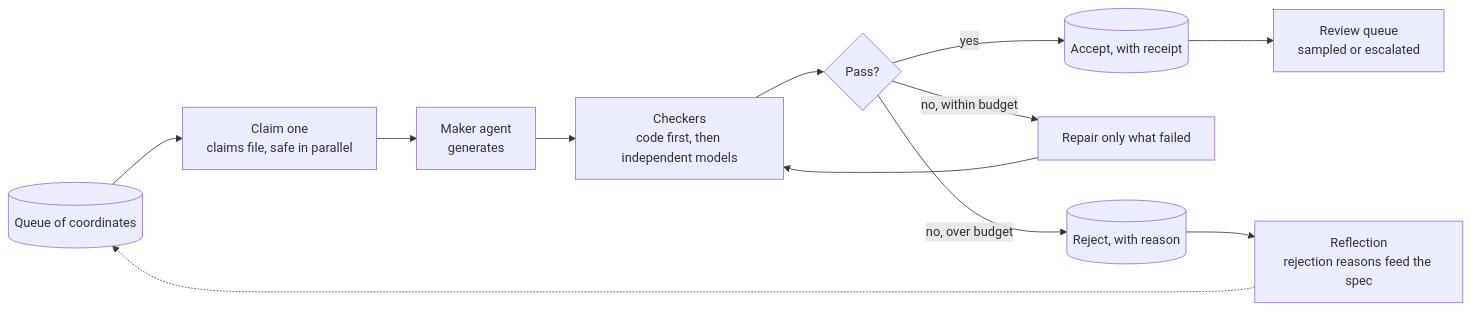
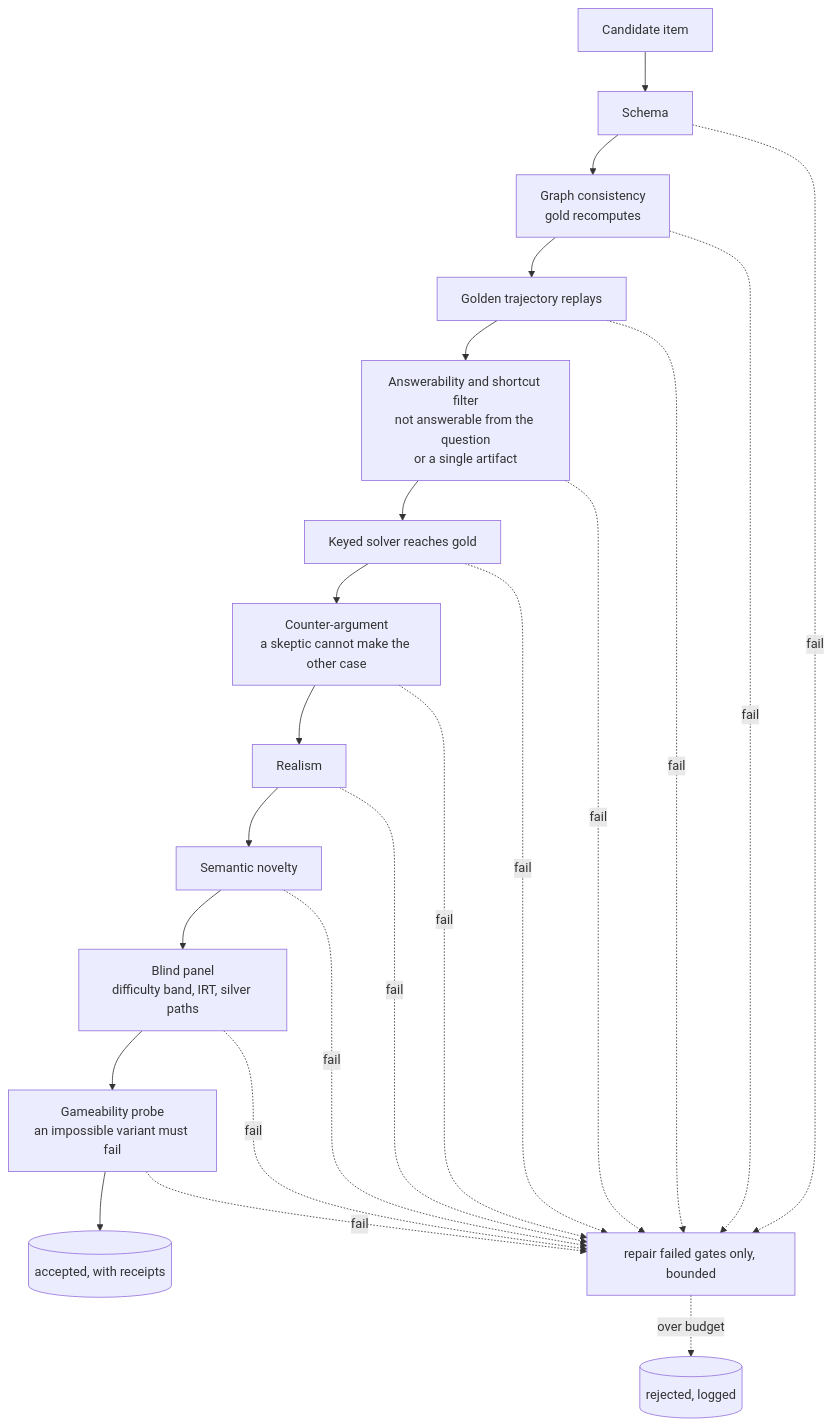
Before and after one commit to nbdesai1992/orbifex: the tenth of 17 diagrams in README.md, drawn with Mermaid. The commit also changed other lines of this file, not shown here.

````diff
--- a/README.md
+++ b/README.md
@@ -349,13 +382,15 @@
 ```mermaid
-flowchart LR
-  Q[("Queue of coordinates")] --> CL["Claim one<br/>claims file, safe in parallel"]
-  CL --> MK["Maker agent<br/>generates"]
-  MK --> CK["Checkers<br/>code first, then independent models"]
-  CK --> DEC{"Pass?"}
-  DEC -- yes --> ACC[("Accept, with receipt")]
-  DEC -- "no, within budget" --> RE["Repair only what failed"] --> CK
-  DEC -- "no, over budget" --> REJ[("Reject, with reason")]
-  ACC --> RV["Review queue<br/>sampled or escalated"]
-  REJ --> RF["Reflection<br/>rejection reasons feed the spec"]
-  RF -.-> Q
+flowchart TD
+  I["Candidate item"] --> G1["Schema"]
+  G1 --> G2["Graph consistency<br/>gold recomputes"]
+  G2 --> G3["Golden trajectory replays"]
+  G3 --> G4["Answerability and shortcut filter<br/>not answerable from the question<br/>or a single artifact"]
+  G4 --> G5["Keyed solver reaches gold"]
+  G5 --> G6["Counter-argument<br/>a skeptic cannot make the other case"]
+  G6 --> G7["Realism"]
+  G7 --> G8["Semantic novelty"]
+  G8 --> G9["Blind panel<br/>difficulty band, IRT, silver paths"]
+  G9 --> G10["Gameability probe<br/>an impossible variant must fail"]
+  G10 --> OK[("accepted, with receipts")]
+  G1 & G2 & G3 & G4 & G5 & G6 & G7 & G8 & G9 & G10 -. fail .-> RP["repair failed gates only, bounded"] -. "over budget" .-> RJ[("rejected, logged")]
 ```
````
